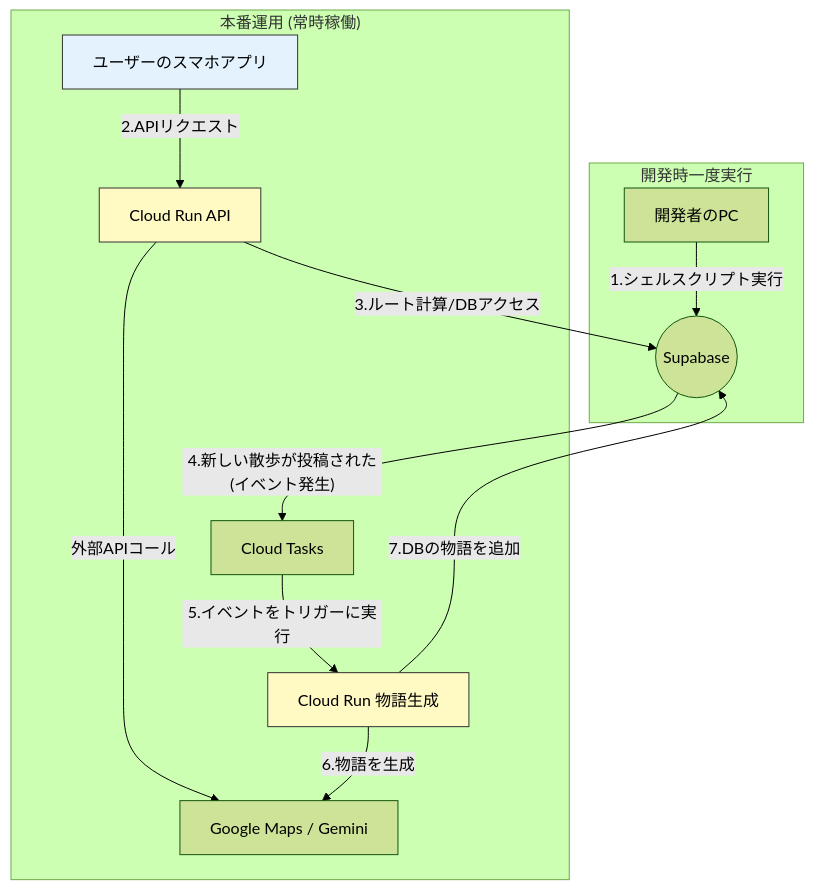
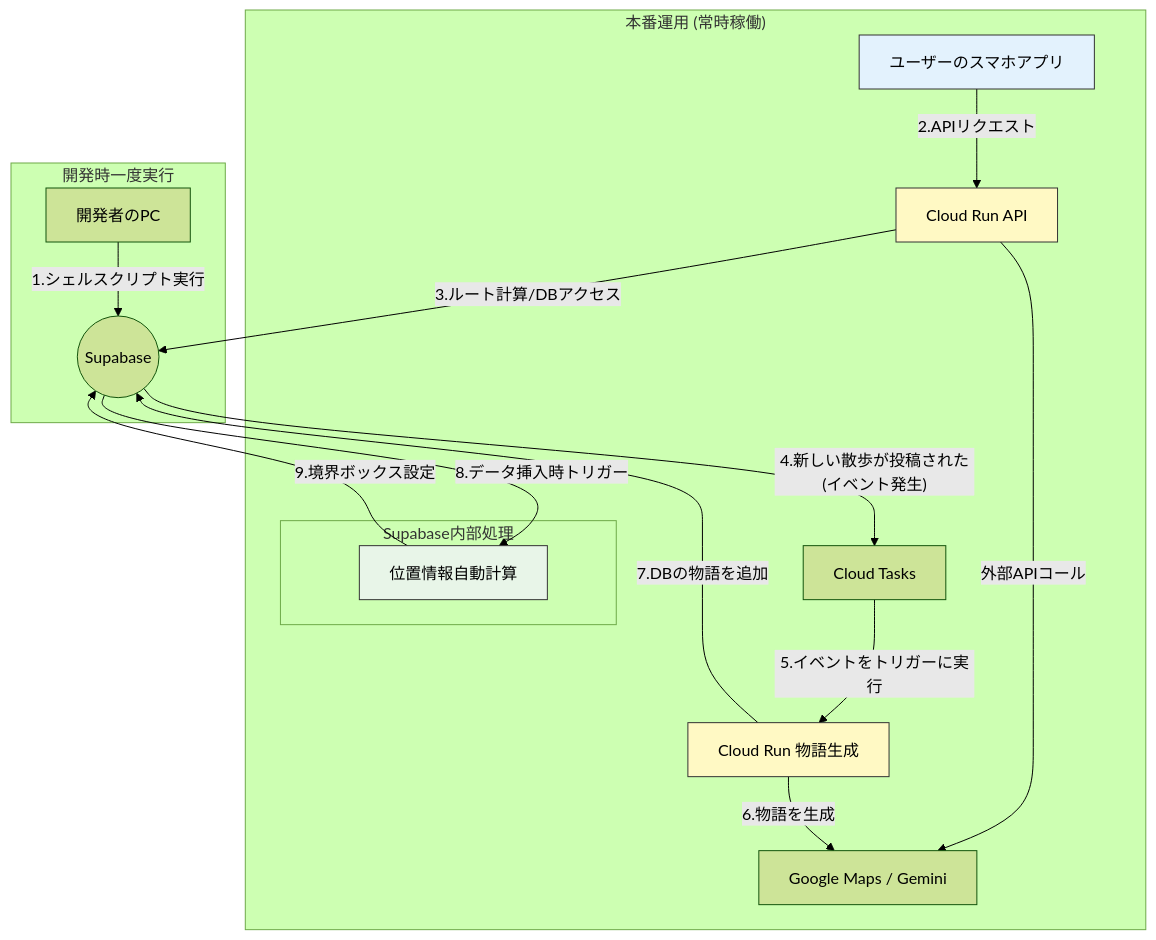
One commit to kaka0913/watnow-hack-team8-backend changed the diagram in docs/system.md. Above: the diagram before and after it, drawn with Mermaid (forest theme). The commit also changed other lines of this file and 1 other file, not shown here.

````diff
--- a/docs/system.md
+++ b/docs/system.md
@@ -3,22 +3,27 @@
 ```mermaid
 
 graph TD
     subgraph "開発時一度実行"
         A[開発者のPC] -- 1.シェルスクリプト実行 --> B((Supabase));
     end
 
     subgraph "本番運用 (常時稼働)"
         C[ユーザーのスマホアプリ] -- 2.APIリクエスト --> D[Cloud Run API];
         D -- 3.ルート計算/DBアクセス --> B;
         D -- 外部APIコール --> E[Google Maps / Gemini];
         B -- 4.新しい散歩が投稿された(イベント発生) --> F[Cloud Tasks];
         F -- 5.イベントをトリガーに実行 --> G[Cloud Run 物語生成];
         G -- 6.物語を生成 --> E;
         G -- 7.DBの物語を追加 --> B;
+        
+        subgraph "Supabase内部処理"
+            B -- 8.データ挿入時トリガー --> H[位置情報自動計算];
+            H -- 9.境界ボックス設定 --> B;
+        end
     end
 
     style C fill:#E3F2FD,stroke:#333
     style D fill:#FFF9C4,stroke:#333
     style G fill:#FFF9C4,stroke:#333
-
+    style H fill:#E8F5E8,stroke:#333
 ```
````
